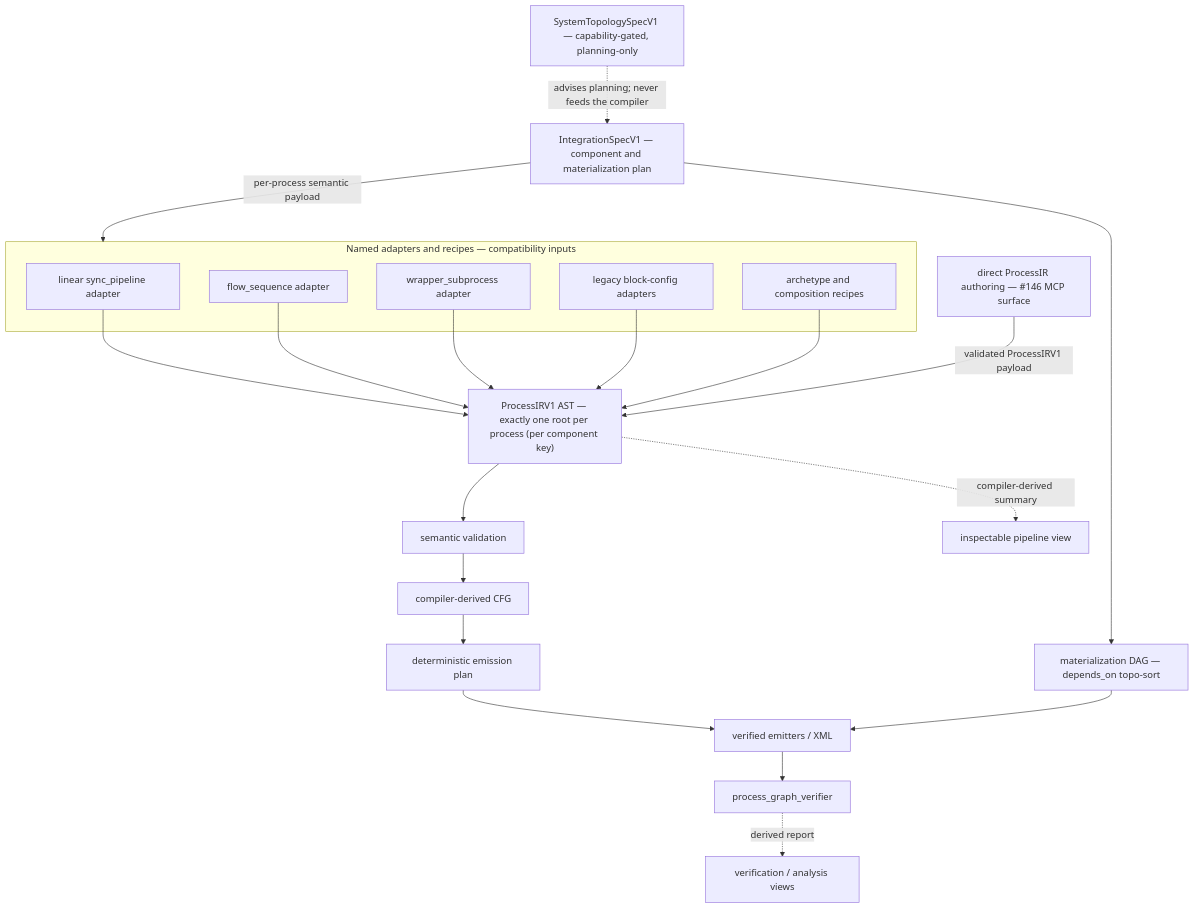
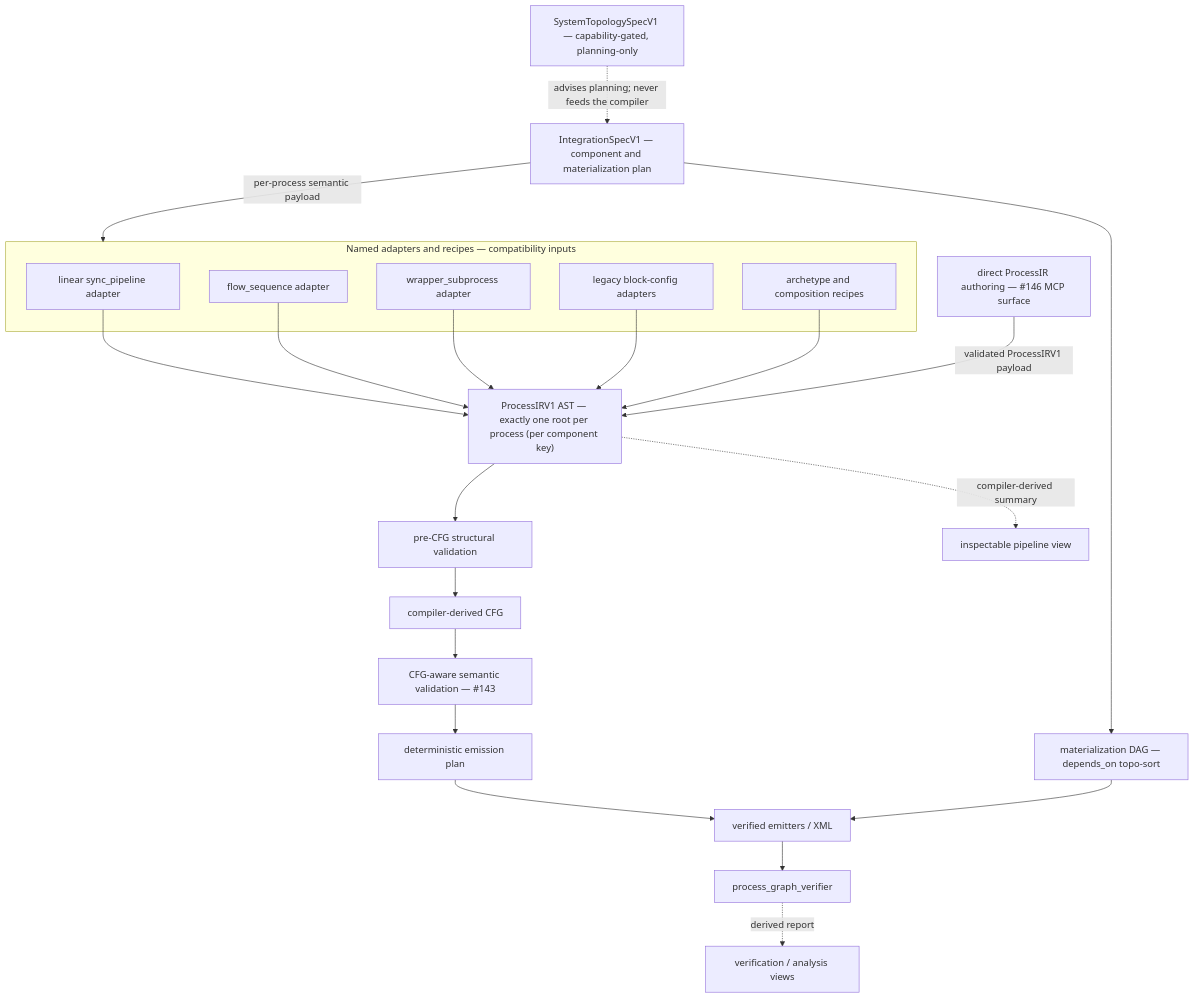
Before and after one commit to RenEra-ai/boomi-mcp-server: the second of 3 diagrams in docs/architecture/ADR-001-process-ir-authority.md, drawn with Mermaid. The commit also changed other lines of this file and 3 other files, not shown here.

````diff
--- a/docs/architecture/ADR-001-process-ir-authority.md
+++ b/docs/architecture/ADR-001-process-ir-authority.md
@@ -105,31 +105,32 @@
 ```mermaid
 flowchart TD
     subgraph ADAPTERS["Named adapters and recipes — compatibility inputs"]
         AD1["linear sync_pipeline adapter"]
         AD2["flow_sequence adapter"]
         AD3["wrapper_subprocess adapter"]
         AD4["legacy block-config adapters"]
         AD5["archetype and composition recipes"]
     end
 
     SPEC["IntegrationSpecV1 — component and materialization plan"] -->|"per-process semantic payload"| ADAPTERS
     SPEC --> MAT["materialization DAG — depends_on topo-sort"]
 
     AD1 --> IR
     AD2 --> IR
     AD3 --> IR
     AD4 --> IR
     AD5 --> IR
     DIRECT["direct ProcessIR authoring — #146 MCP surface"] -->|"validated ProcessIRV1 payload"| IR
 
-    IR["ProcessIRV1 AST — exactly one root per process (per component key)"] --> VAL["semantic validation"]
+    IR["ProcessIRV1 AST — exactly one root per process (per component key)"] --> VAL["pre-CFG structural validation"]
     VAL --> CFG["compiler-derived CFG"]
-    CFG --> EPLAN["deterministic emission plan"]
+    CFG --> SEMVAL["CFG-aware semantic validation — #143"]
+    SEMVAL --> EPLAN["deterministic emission plan"]
     EPLAN --> EMIT["verified emitters / XML"]
     MAT --> EMIT
     EMIT --> VER["process_graph_verifier"]
 
     IR -.->|"compiler-derived summary"| VIEW["inspectable pipeline view"]
     VER -.->|"derived report"| REPORT["verification / analysis views"]
     TOPO["SystemTopologySpecV1 — capability-gated, planning-only"] -.->|"advises planning; never feeds the compiler"| SPEC
 ```
````
